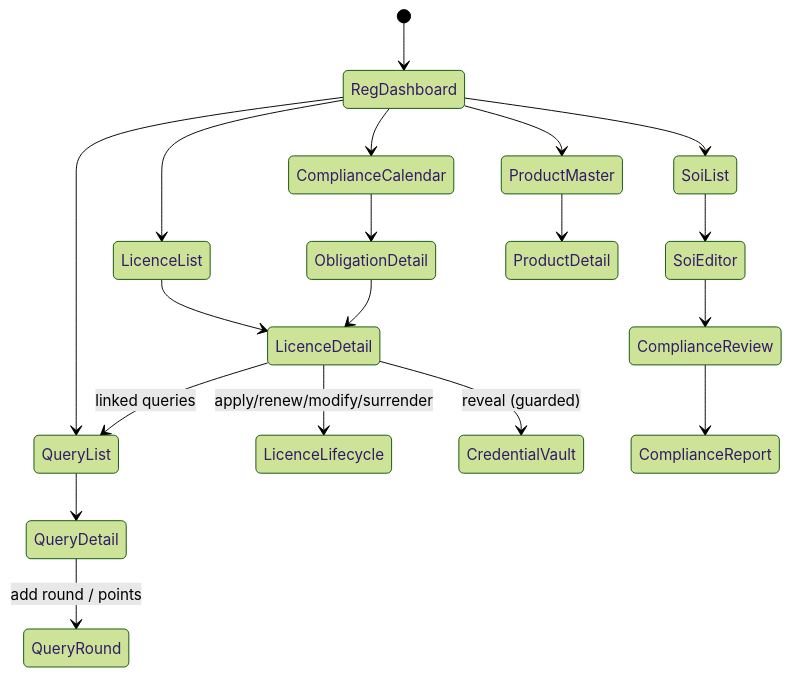
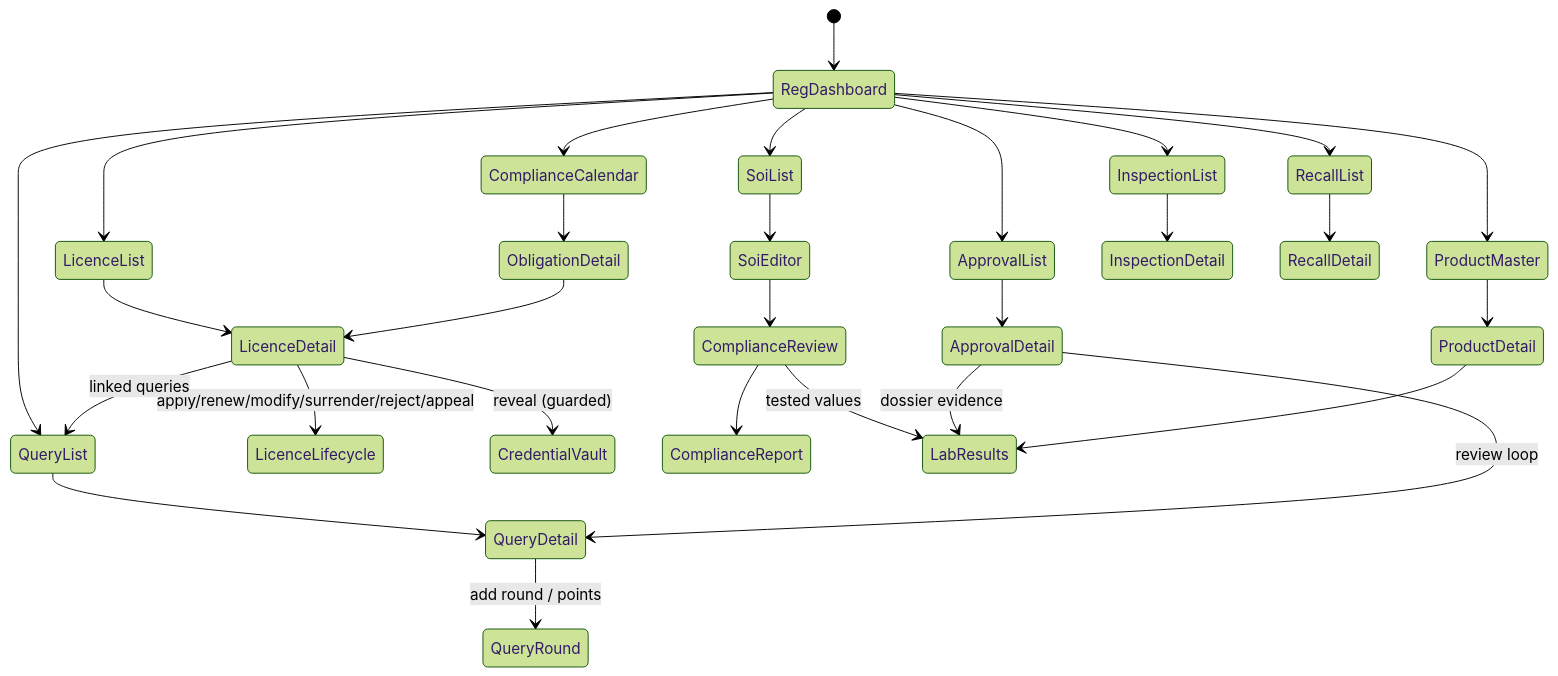
One commit to taruntps/tps-oms changed the fifth of 7 diagrams in docs/architecture/modules/regulatory.md. Above: the diagram before and after it, drawn with Mermaid (forest theme). The commit also changed other lines of this file and 13 other files, not shown here.

First line of the commit message:
docs(arch): enterprise architecture validation + remediation (blueprint frozen v1.0)

````diff
--- a/docs/architecture/modules/regulatory.md
+++ b/docs/architecture/modules/regulatory.md
@@ -96,25 +155,36 @@
 ```mermaid
 stateDiagram-v2
   [*] --> RegDashboard
   RegDashboard --> LicenceList
   RegDashboard --> QueryList
   RegDashboard --> ComplianceCalendar
   RegDashboard --> SoiList
   RegDashboard --> ProductMaster
+  RegDashboard --> ApprovalList
+  RegDashboard --> InspectionList
+  RegDashboard --> RecallList
 
   LicenceList --> LicenceDetail
-  LicenceDetail --> LicenceLifecycle : apply/renew/modify/surrender
+  LicenceDetail --> LicenceLifecycle : apply/renew/modify/surrender/reject/appeal
   LicenceDetail --> CredentialVault : reveal (guarded)
   LicenceDetail --> QueryList : linked queries
 
   QueryList --> QueryDetail
   QueryDetail --> QueryRound : add round / points
 
   SoiList --> SoiEditor
   SoiEditor --> ComplianceReview
   ComplianceReview --> ComplianceReport
+  ComplianceReview --> LabResults : tested values
+
+  ApprovalList --> ApprovalDetail
+  ApprovalDetail --> LabResults : dossier evidence
+  ApprovalDetail --> QueryDetail : review loop
 
   ComplianceCalendar --> ObligationDetail
   ObligationDetail --> LicenceDetail
   ProductMaster --> ProductDetail
+  ProductDetail --> LabResults
+  InspectionList --> InspectionDetail
+  RecallList --> RecallDetail
 ```
````
